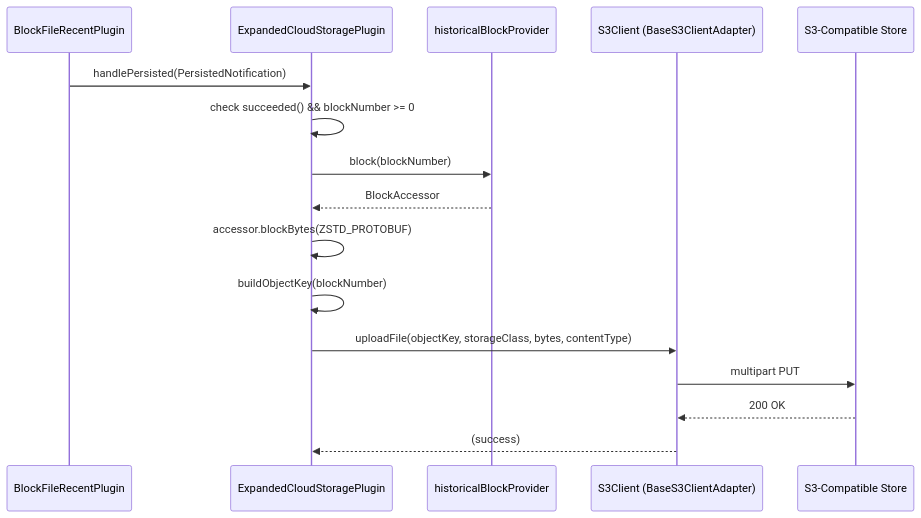
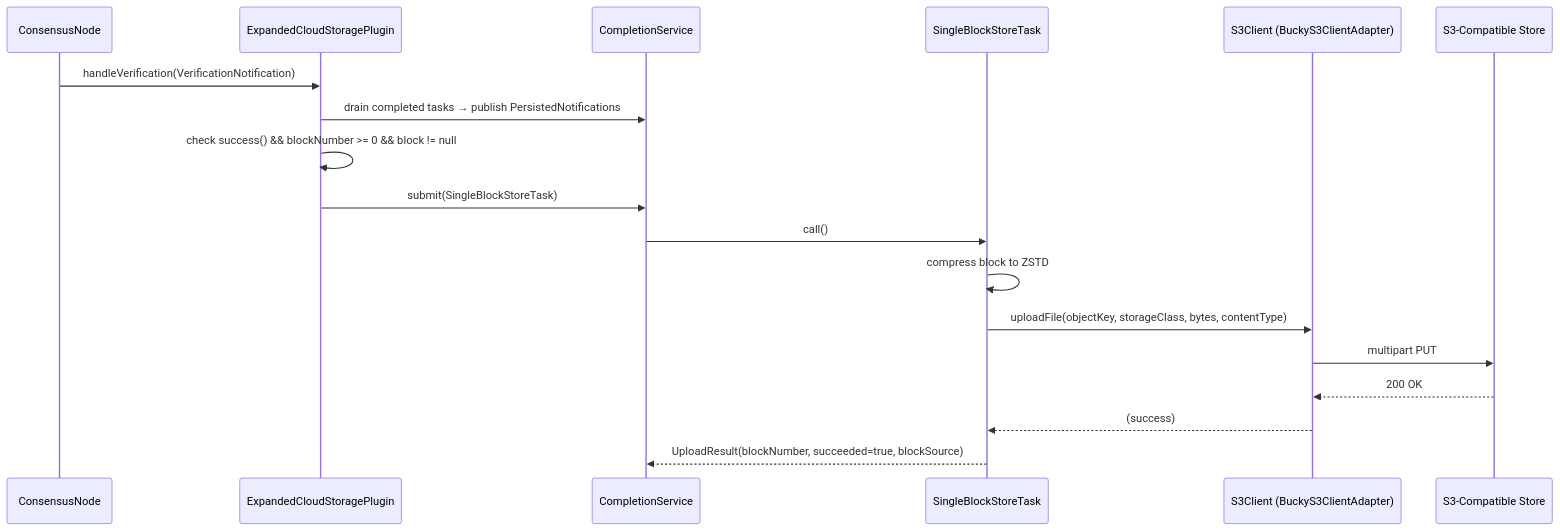
Before and after one commit to hiero-ledger/hiero-block-node: the first of 2 diagrams in docs/design/persistence/expanded-cloud-storage.md, drawn with Mermaid. The commit also changed other lines of this file and 8 other files, not shown here.

First line of the commit message:
feat: integrate com.hedera.bucky:bucky-client as S3 implementation

````diff
--- a/docs/design/persistence/expanded-cloud-storage.md
+++ b/docs/design/persistence/expanded-cloud-storage.md
@@ -168,19 +155,21 @@
 ```mermaid
 sequenceDiagram
-    participant BFR as BlockFileRecentPlugin
+    participant CN as ConsensusNode
     participant ECS as ExpandedCloudStoragePlugin
-    participant HP as historicalBlockProvider
-    participant S3 as S3Client (BaseS3ClientAdapter)
+    participant CS as CompletionService
+    participant Task as SingleBlockStoreTask
+    participant S3 as S3Client (BuckyS3ClientAdapter)
     participant Store as S3-Compatible Store
 
-    BFR->>ECS: handlePersisted(PersistedNotification)
-    ECS->>ECS: check succeeded() && blockNumber >= 0
-    ECS->>HP: block(blockNumber)
-    HP-->>ECS: BlockAccessor
-    ECS->>ECS: accessor.blockBytes(ZSTD_PROTOBUF)
-    ECS->>ECS: buildObjectKey(blockNumber)
-    ECS->>S3: uploadFile(objectKey, storageClass, bytes, contentType)
+    CN->>ECS: handleVerification(VerificationNotification)
+    ECS->>CS: drain completed tasks → publish PersistedNotifications
+    ECS->>ECS: check success() && blockNumber >= 0 && block != null
+    ECS->>CS: submit(SingleBlockStoreTask)
+    CS->>Task: call()
+    Task->>Task: compress block to ZSTD
+    Task->>S3: uploadFile(objectKey, storageClass, bytes, contentType)
     S3->>Store: multipart PUT
     Store-->>S3: 200 OK
-    S3-->>ECS: (success)
+    S3-->>Task: (success)
+    Task-->>CS: UploadResult(blockNumber, succeeded=true, blockSource)
 ```
````
